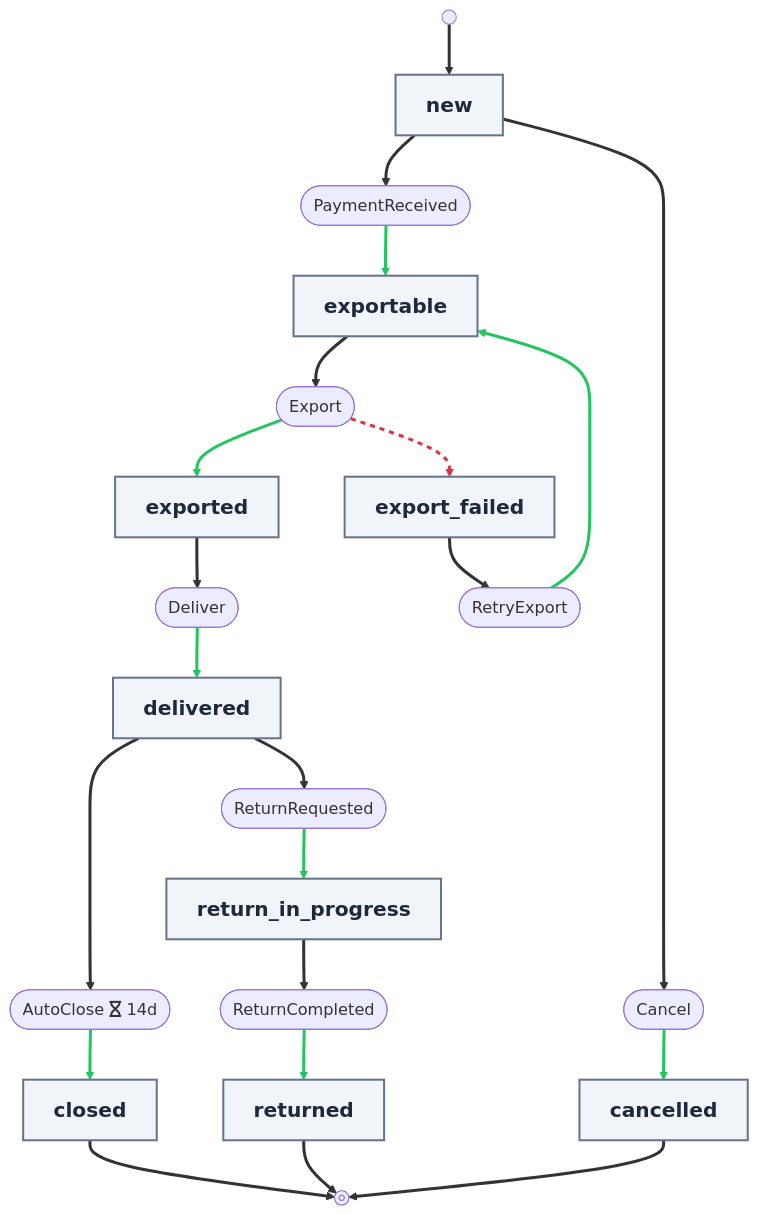
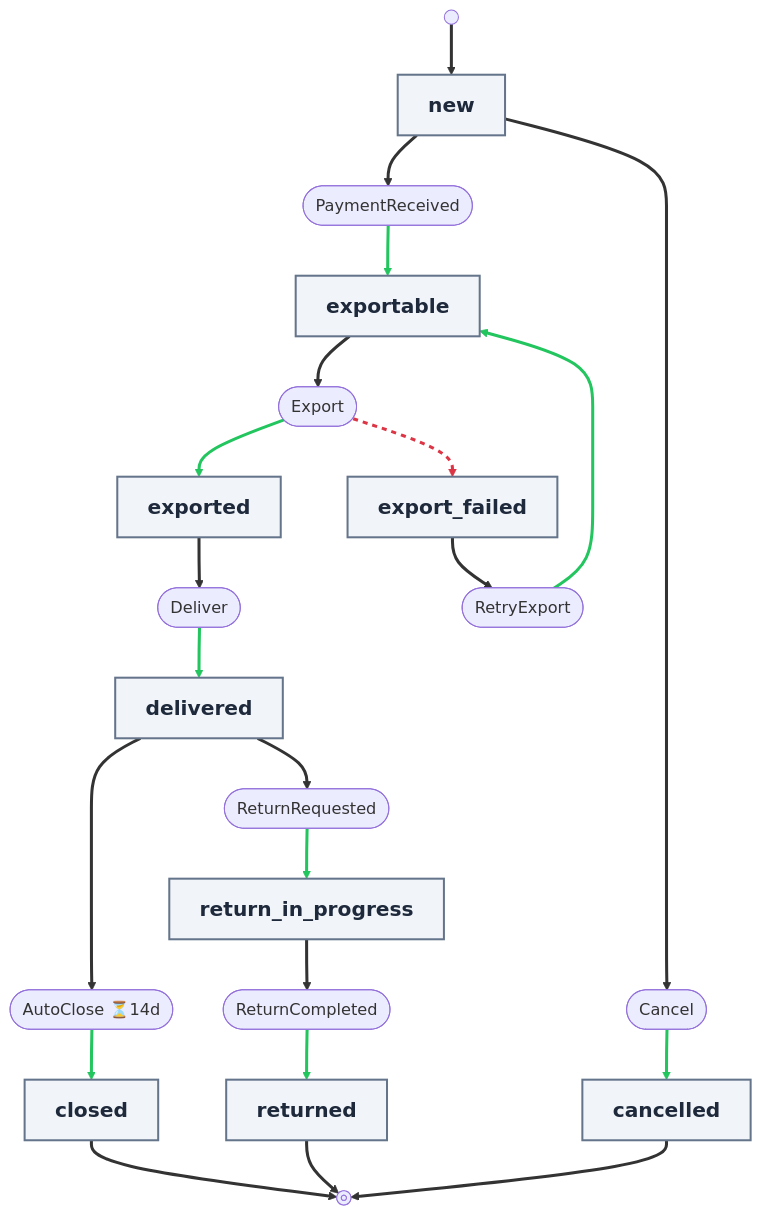
Before and after one commit to camcima/duraflows: the diagram in docs/workflow-definitions.md, drawn with Mermaid. The commit also changed 4 other files, not shown here.

````diff
--- a/docs/workflow-definitions.md
+++ b/docs/workflow-definitions.md
@@ -432,58 +432,58 @@
 ```mermaid
 flowchart TB
 
     classDef stateNode fill:#f1f5f9,stroke:#64748b,stroke-width:2px,color:#1e293b,font-size:20px
 
     _start@{ shape: sm-circ }
     new["<b>new</b>"]:::stateNode
     exportable["<b>exportable</b>"]:::stateNode
     exported["<b>exported</b>"]:::stateNode
     delivered["<b>delivered</b>"]:::stateNode
     closed["<b>closed</b>"]:::stateNode
     cancelled["<b>cancelled</b>"]:::stateNode
     export_failed["<b>export_failed</b>"]:::stateNode
     return_in_progress["<b>return_in_progress</b>"]:::stateNode
     returned["<b>returned</b>"]:::stateNode
     _end@{ shape: framed-circle }
 
     _start --> new
 
     new__PaymentReceived(["PaymentReceived"])
     new --> new__PaymentReceived
     new__PaymentReceived --> exportable
     new__Cancel(["Cancel"])
     new --> new__Cancel
     new__Cancel --> cancelled
 
     exportable__Export(["Export"])
     exportable --> exportable__Export
     exportable__Export --> exported
     exportable__Export --> export_failed
 
     exported__Deliver(["Deliver"])
     exported --> exported__Deliver
     exported__Deliver --> delivered
 
-    delivered__AutoClose(["AutoClose fa:fa-hourglass 14d"])
+    delivered__AutoClose(["AutoClose ⏳14d"])
     delivered --> delivered__AutoClose
     delivered__AutoClose --> closed
     delivered__ReturnRequested(["ReturnRequested"])
     delivered --> delivered__ReturnRequested
     delivered__ReturnRequested --> return_in_progress
 
     export_failed__RetryExport(["RetryExport"])
     export_failed --> export_failed__RetryExport
     export_failed__RetryExport --> exportable
 
     return_in_progress__ReturnCompleted(["ReturnCompleted"])
     return_in_progress --> return_in_progress__ReturnCompleted
     return_in_progress__ReturnCompleted --> returned
 
     closed --> _end
     cancelled --> _end
     returned --> _end
 
     linkStyle 0,1,3,5,8,10,12,14,16,18,19,20 stroke-width:3px
     linkStyle 2,4,6,9,11,13,15,17 stroke:#22c55e,stroke-width:3px
     linkStyle 7 stroke:#dc3545,stroke-width:3px,stroke-dasharray:5
 ```
````
